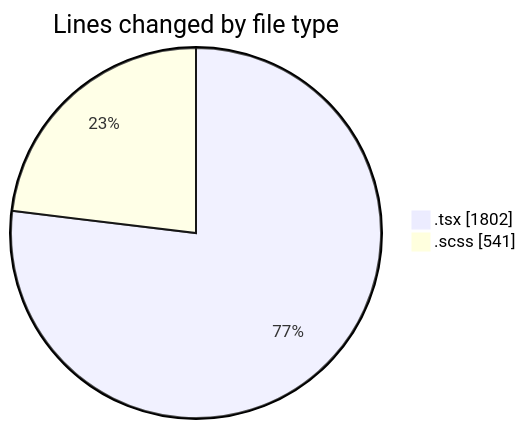
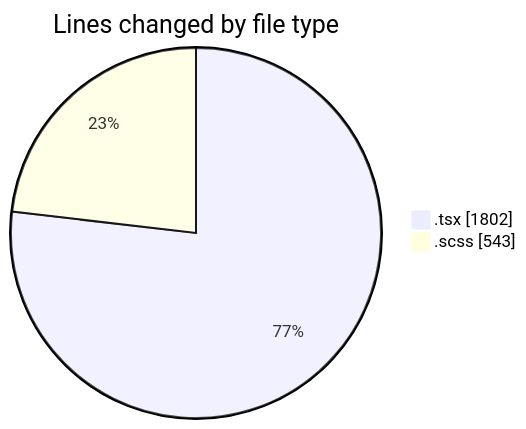
Before and after one commit to momahboobian/code-tracking: the first of 2 diagrams in 2025-10-03/cda/README.md, drawn with Mermaid. The commit also changed other lines of this file and 1 other file, not shown here.

````diff
--- a/2025-10-03/cda/README.md
+++ b/2025-10-03/cda/README.md
@@ -24,6 +24,6 @@
 ```mermaid
 pie showData
 title Lines changed by file type
 ".tsx" : 1802
-".scss" : 541
+".scss" : 543
 ```
````
